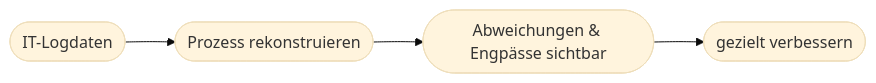
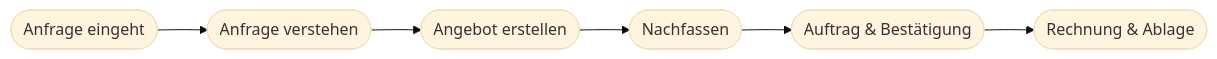
The diagram in docs/content/kapitel22.md (Qualidy/Prompt-Engineering-KI-in-der-Arbeitswelt), drawn with Mermaid (base theme) before and after one commit. The commit also changed other lines of this file and 80 other files, not shown here.

````diff
--- a/docs/content/kapitel22.md
+++ b/docs/content/kapitel22.md
@@ -32,6 +25,8 @@
 ```mermaid
 flowchart LR
-    A([IT-Logdaten]) --> B([Prozess rekonstruieren])
-    B --> C([Abweichungen & Engpässe sichtbar])
-    C --> D([gezielt verbessern])
+    A([Anfrage eingeht]) --> B([Anfrage verstehen])
+    B --> C([Angebot erstellen])
+    C --> D([Nachfassen])
+    D --> E([Auftrag & Bestätigung])
+    E --> F([Rechnung & Ablage])
 ```
````
